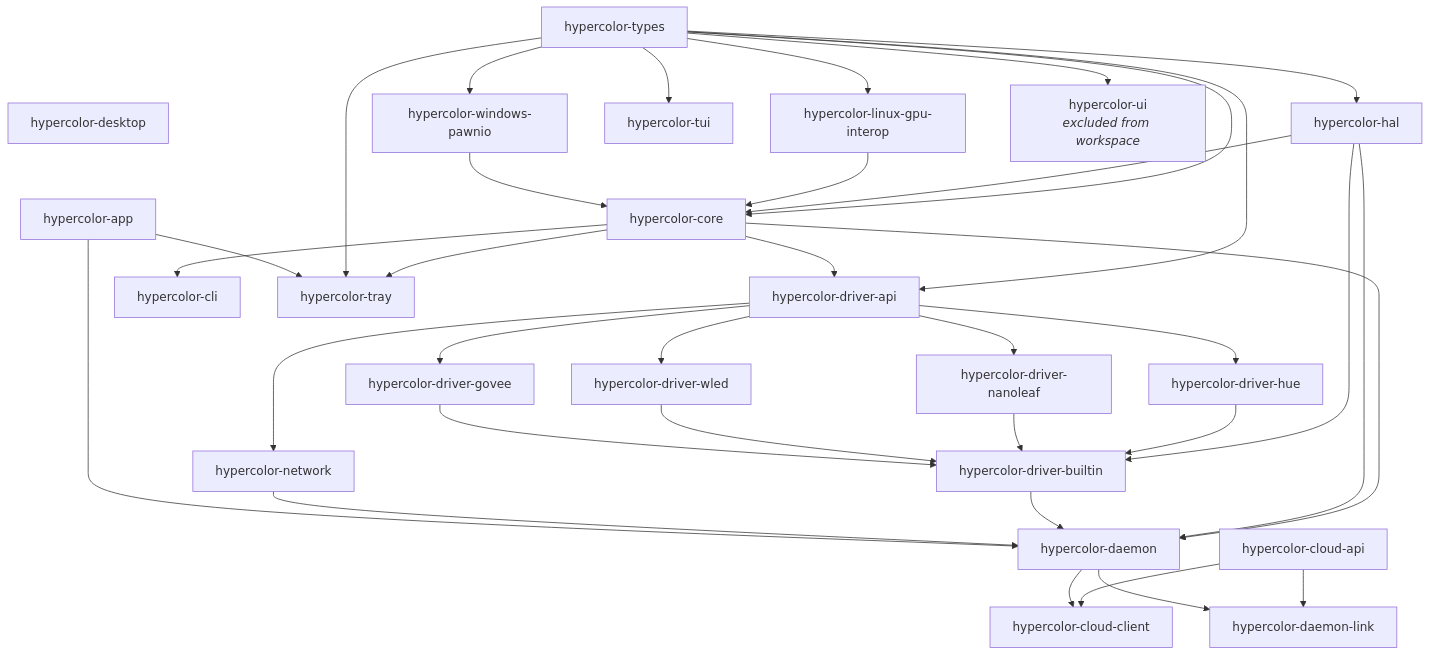
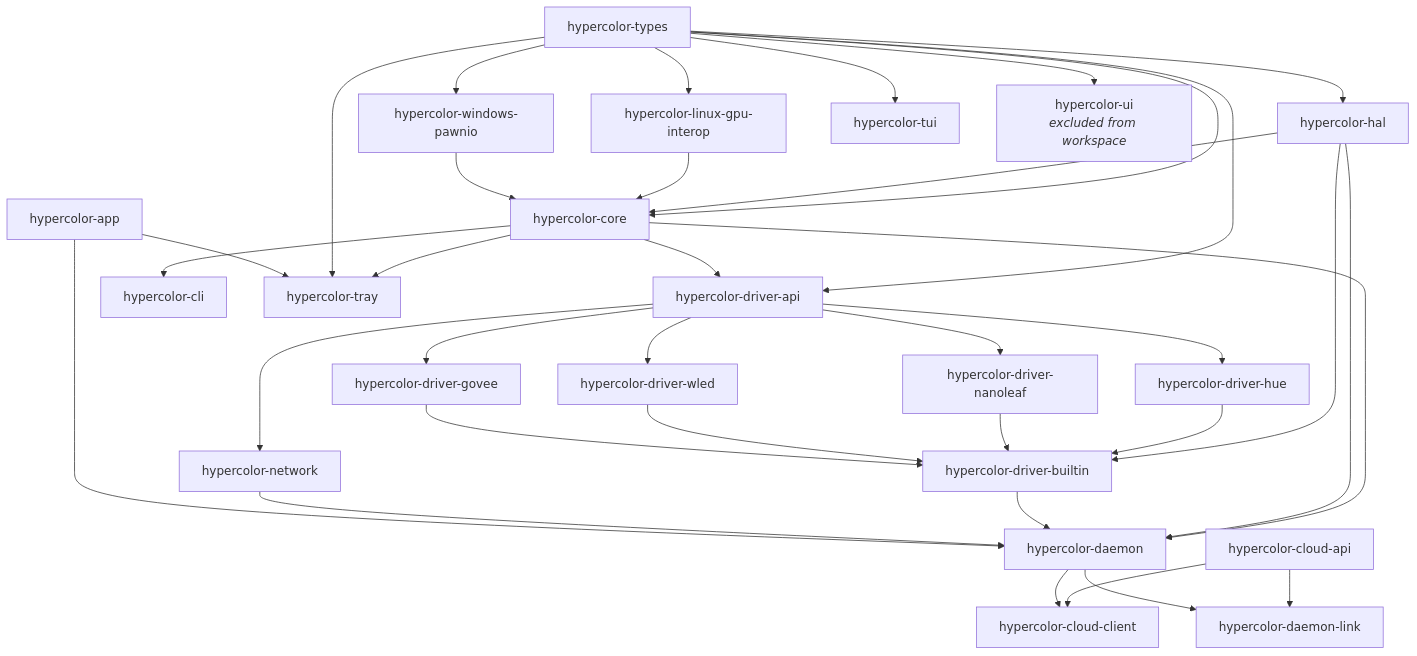
Before and after one commit to hyperb1iss/hypercolor: the diagram in AGENTS.md, drawn with Mermaid. The commit also changed other lines of this file and 19 other files, not shown here.

First line of the commit message:
chore(desktop): remove obsolete hypercolor-desktop crate

````diff
--- a/AGENTS.md
+++ b/AGENTS.md
@@ -84,27 +83,26 @@
 ```mermaid
 graph TD
     T[hypercolor-types] --> HAL[hypercolor-hal]
     T --> CORE[hypercolor-core]
     T --> LGI[hypercolor-linux-gpu-interop]
     T --> WPI[hypercolor-windows-pawnio]
     HAL --> CORE
     LGI --> CORE
     WPI --> CORE
     T & CORE --> DAPI[hypercolor-driver-api]
     DAPI --> HUE[hypercolor-driver-hue]
     DAPI --> NL[hypercolor-driver-nanoleaf]
     DAPI --> WLED[hypercolor-driver-wled]
     DAPI --> GV[hypercolor-driver-govee]
     DAPI --> NET[hypercolor-network]
     HAL & HUE & NL & WLED & GV --> DB[hypercolor-driver-builtin]
     CORE & HAL & DB & NET --> D[hypercolor-daemon]
     CORE --> CLI[hypercolor-cli]
     T --> TUI[hypercolor-tui]
     CORE & T --> TRAY[hypercolor-tray]
     CAPI[hypercolor-cloud-api] --> CC[hypercolor-cloud-client]
     CAPI --> DL[hypercolor-daemon-link]
     D --> CC & DL
     APP[hypercolor-app] --> D & TRAY
-    DT[hypercolor-desktop] ~~~ APP
     T --> UI[hypercolor-ui<br><i>excluded from workspace</i>]
 ```
````
